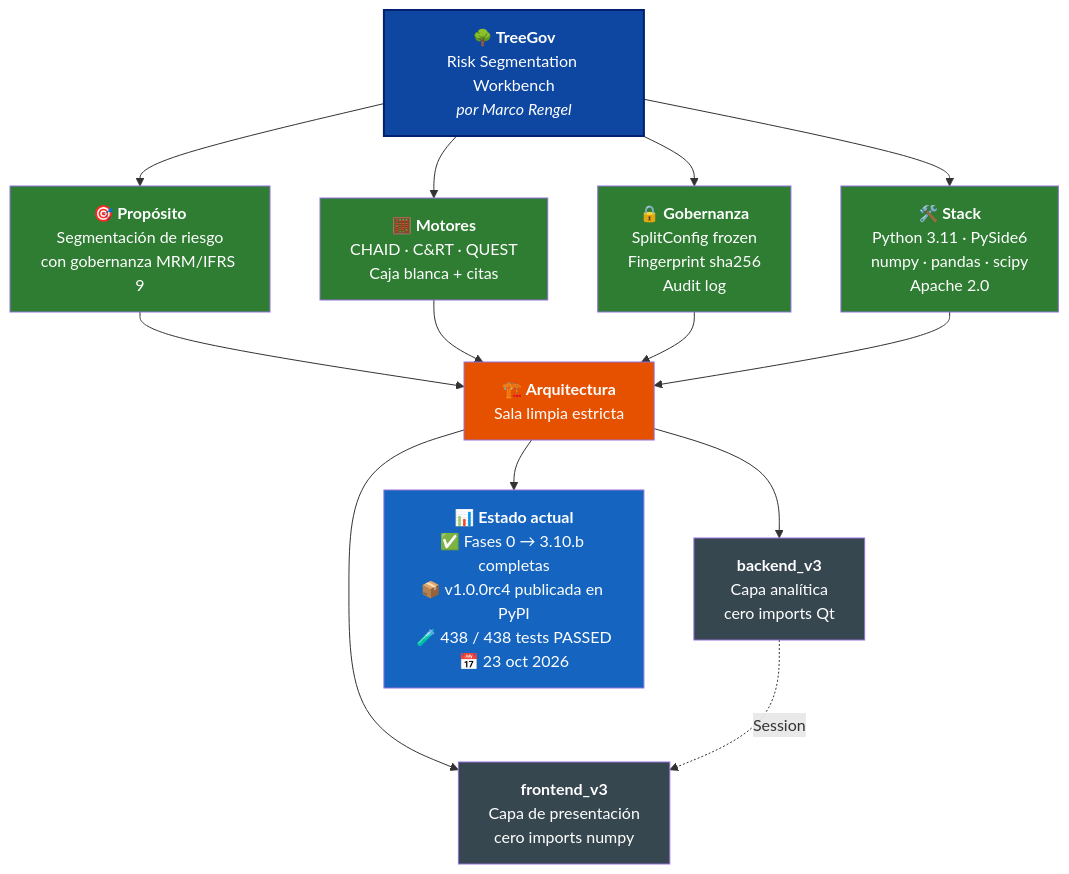
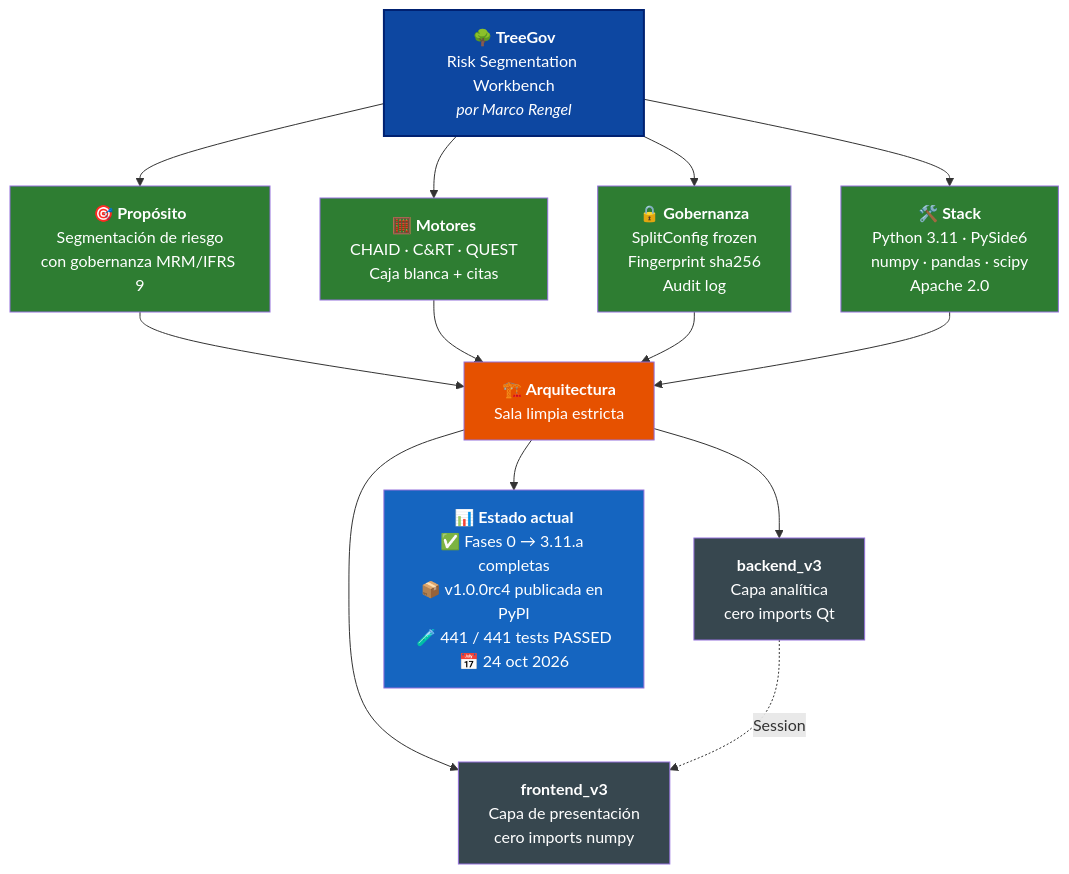
The diagram in README.es.md (Marco-Rengel/treegov), drawn with Mermaid before and after one commit. The commit also changed other lines of this file and 21 other files, not shown here.

````diff
--- a/README.es.md
+++ b/README.es.md
@@ -36,31 +36,31 @@
 ```mermaid
 flowchart TB
     TG["<b>🌳 TreeGov</b><br/>Risk Segmentation Workbench<br/><i>por Marco Rengel</i>"]
 
     TG --> P["<b>🎯 Propósito</b><br/>Segmentación de riesgo<br/>con gobernanza MRM/IFRS 9"]
     TG --> M["<b>🧮 Motores</b><br/>CHAID · C&RT · QUEST<br/>Caja blanca + citas"]
     TG --> G["<b>🔒 Gobernanza</b><br/>SplitConfig frozen<br/>Fingerprint sha256<br/>Audit log"]
     TG --> S["<b>🛠️ Stack</b><br/>Python 3.11 · PySide6<br/>numpy · pandas · scipy<br/>Apache 2.0"]
 
     P --> ARQ["<b>🏗️ Arquitectura</b><br/>Sala limpia estricta"]
     M --> ARQ
     G --> ARQ
     S --> ARQ
 
     ARQ --> BE["<b>backend_v3</b><br/>Capa analítica<br/>cero imports Qt"]
     ARQ --> FE["<b>frontend_v3</b><br/>Capa de presentación<br/>cero imports numpy"]
 
     BE -.->|Session| FE
 
-    ARQ --> ST["<b>📊 Estado actual</b><br/>✅ Fases 0 → 3.10.b completas<br/>📦 v1.0.0rc4 publicada en PyPI<br/>🧪 438 / 438 tests PASSED<br/>📅 23 oct 2026"]
+    ARQ --> ST["<b>📊 Estado actual</b><br/>✅ Fases 0 → 3.11.a completas<br/>📦 v1.0.0rc4 publicada en PyPI<br/>🧪 441 / 441 tests PASSED<br/>📅 24 oct 2026"]
 
     style TG fill:#0D47A1,color:#fff,stroke:#002171,stroke-width:2px
     style P fill:#2E7D32,color:#fff
     style M fill:#2E7D32,color:#fff
     style G fill:#2E7D32,color:#fff
     style S fill:#2E7D32,color:#fff
     style ARQ fill:#E65100,color:#fff
     style BE fill:#37474F,color:#fff
     style FE fill:#37474F,color:#fff
     style ST fill:#1565C0,color:#fff
 ```
````
